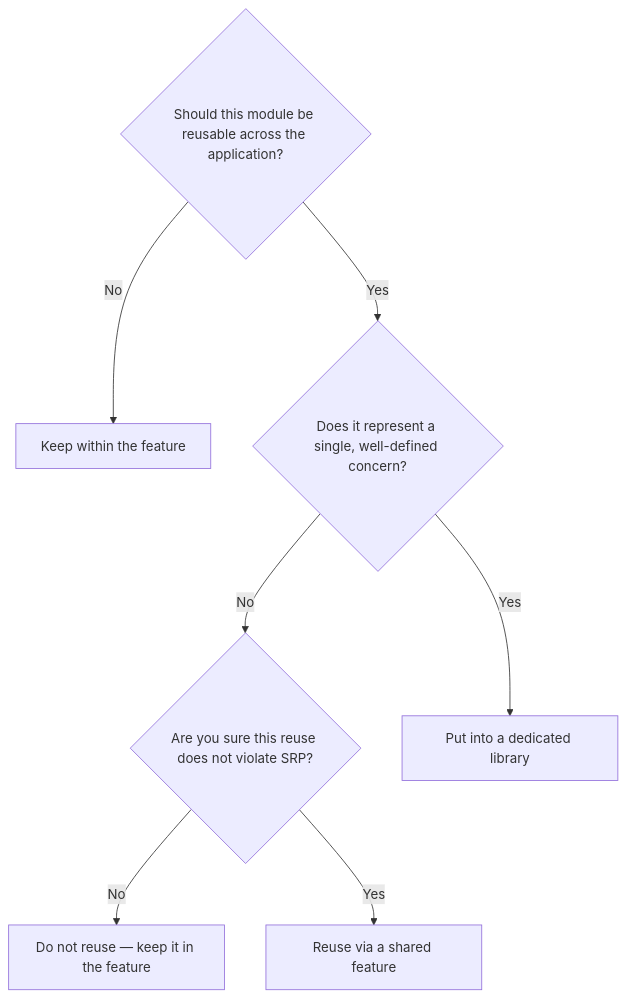
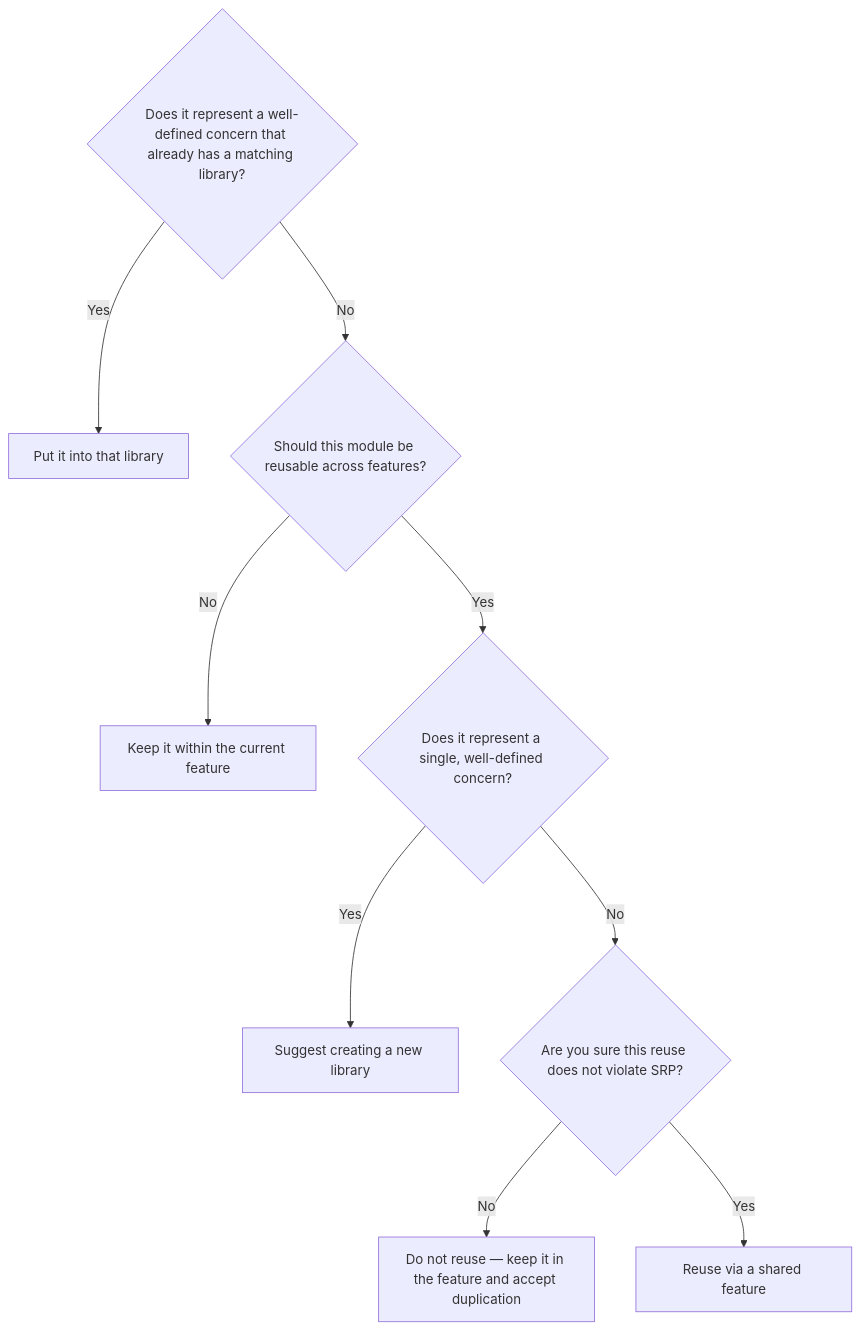
One commit to Vladyslav-Murashchenko/feature-garden changed the fourth of 4 diagrams in docs/engineering-guide.md. Above: the diagram before and after it, drawn with Mermaid. The commit also changed other lines of this file, not shown here.

Commit message:
Revise module placement decision tree criteria
Updated the decision tree for module placement to clarify criteria for reusability and concern definition.

````diff
--- a/docs/engineering-guide.md
+++ b/docs/engineering-guide.md
@@ -367,13 +369,16 @@
 ```mermaid
 graph TD
-    A{Should this module be reusable across the application?}
+    A{Does it represent a well-defined concern that already has a matching library?}
 
-    A -->|No| B[Keep within the feature]
-    A -->|Yes| C{Does it represent a single, well-defined concern?}
+    A -->|Yes| B[Put it into that library]
+    A -->|No| C{Should this module be reusable across features?}
 
-    C -->|No| E{Are you sure this reuse does not violate SRP?}
-    C -->|Yes| D[Put into a dedicated library]
+    C -->|No| D[Keep it within the current feature]
+    C -->|Yes| E{Does it represent a single, well-defined concern?}
 
-    E -->|No| F[Do not reuse — keep it in the feature]
-    E -->|Yes| G[Reuse via a shared feature]
+    E -->|Yes| F[Suggest creating a new library]
+    E -->|No| G{Are you sure this reuse does not violate SRP?}
+
+    G -->|No| H[Do not reuse — keep it in the feature and accept duplication]
+    G -->|Yes| I[Reuse via a shared feature]
 ```
````
